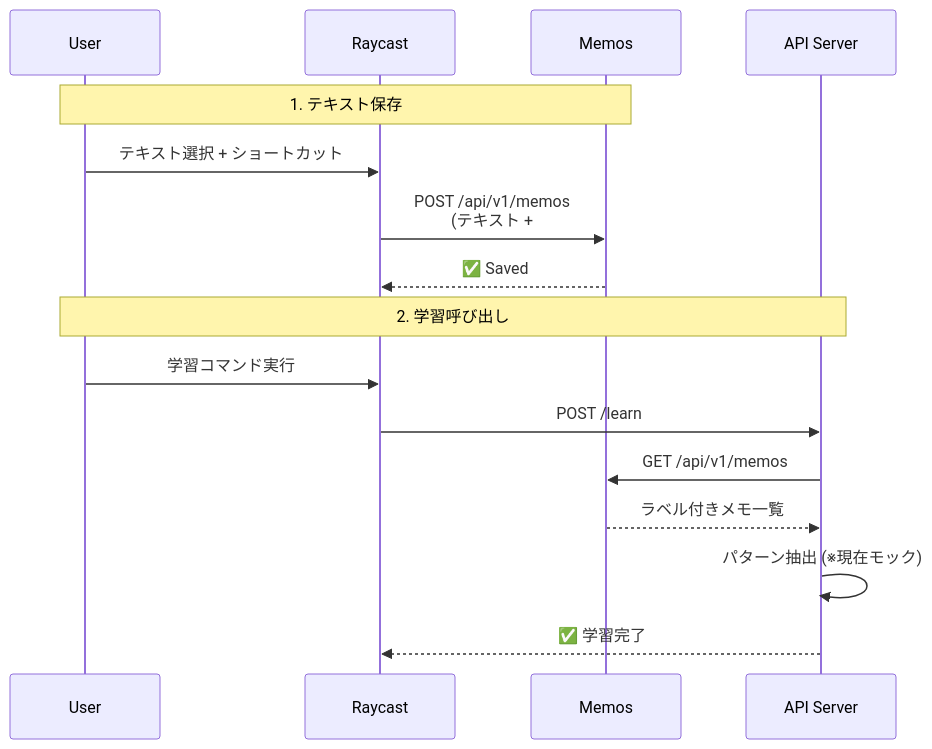
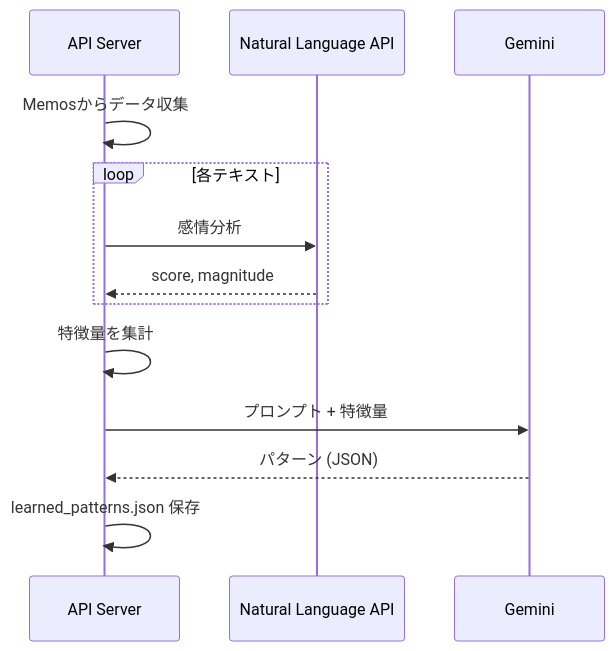
One commit to AobaIwaki123/quick-send changed the second of 2 diagrams in ARCHITECTURE.md. Above: the diagram before and after it, drawn with Mermaid. The commit also changed other lines of this file and 8 other files, not shown here.

Commit message:
add: Gemini, Natural Language AIの実装と環境変数の設定

````diff
--- a/ARCHITECTURE.md
+++ b/ARCHITECTURE.md
@@ -33,20 +40,18 @@
 ```mermaid
 sequenceDiagram
-    participant User
-    participant Raycast
-    participant Memos
     participant API as API Server
+    participant NL as Natural Language API
+    participant Gemini
     
-    Note over User,Memos: 1. テキスト保存
-    User->>Raycast: テキスト選択 + ショートカット
-    Raycast->>Memos: POST /api/v1/memos<br/>(テキスト + #ai_bad or #good)
-    Memos-->>Raycast: ✅ Saved
+    API->>API: Memosからデータ収集
     
-    Note over User,API: 2. 学習呼び出し
-    User->>Raycast: 学習コマンド実行
-    Raycast->>API: POST /learn
-    API->>Memos: GET /api/v1/memos
-    Memos-->>API: ラベル付きメモ一覧
-    API->>API: パターン抽出 (※現在モック)
-    API-->>Raycast: ✅ 学習完了
+    loop 各テキスト
+        API->>NL: 感情分析
+        NL-->>API: score, magnitude
+    end
+    
+    API->>API: 特徴量を集計
+    API->>Gemini: プロンプト + 特徴量
+    Gemini-->>API: パターン (JSON)
+    API->>API: learned_patterns.json 保存
 ```
````
